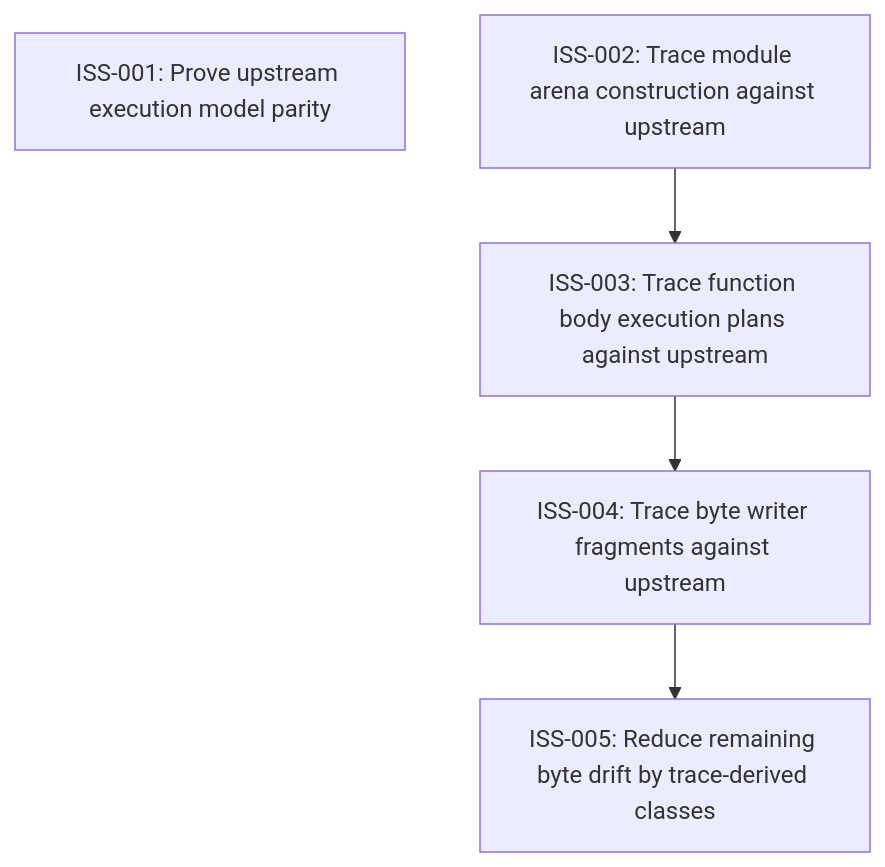
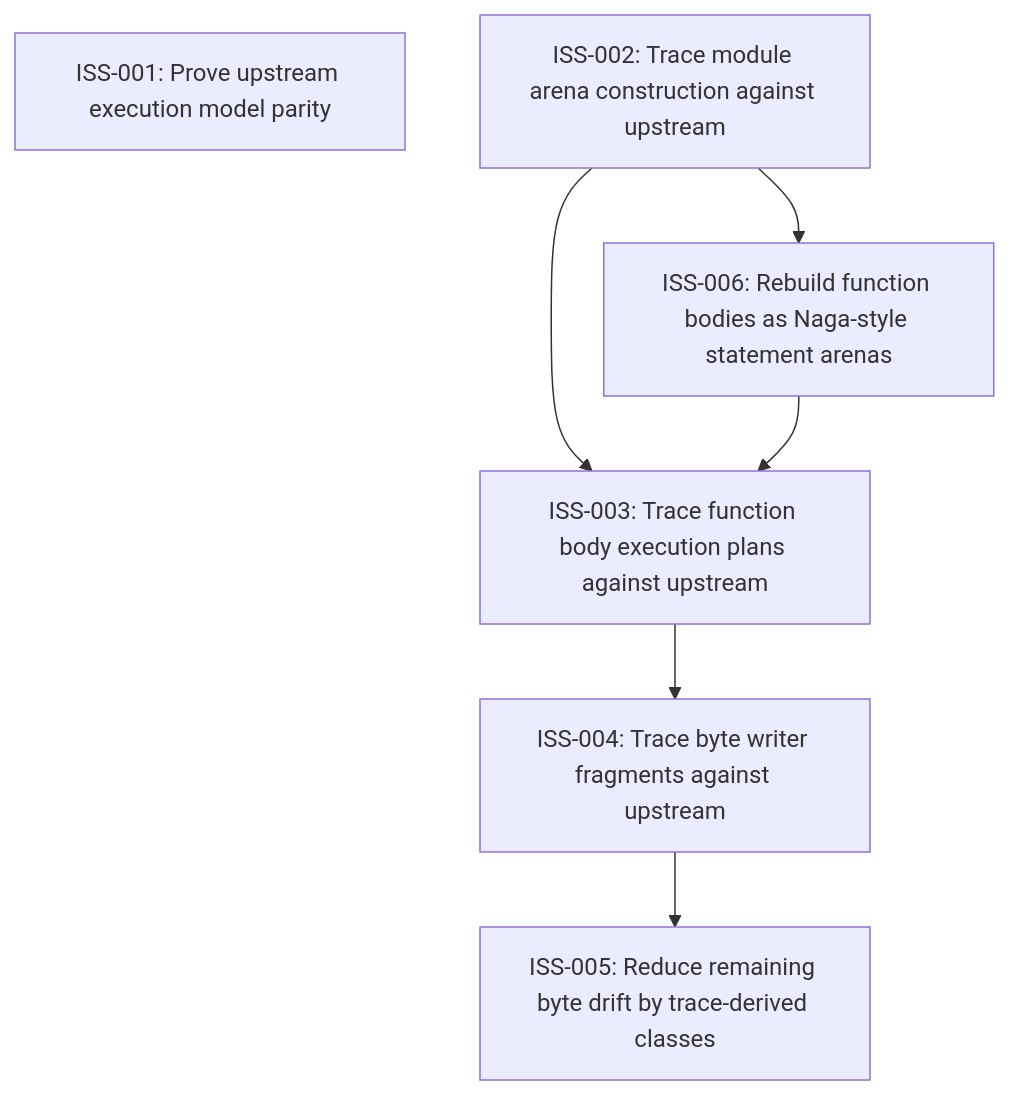
One commit to moonbit-community/moon_wgsl changed the diagram in issues/README.md. Above: the diagram before and after it, drawn with Mermaid. The commit also changed other lines of this file and 6 other files, not shown here.

````diff
--- a/issues/README.md
+++ b/issues/README.md
@@ -23,11 +24,14 @@
 ```mermaid
 graph TD
   ISS_001["ISS-001: Prove upstream execution model parity"]
   ISS_002["ISS-002: Trace module arena construction against upstream"]
   ISS_003["ISS-003: Trace function body execution plans against upstream"]
   ISS_004["ISS-004: Trace byte writer fragments against upstream"]
   ISS_005["ISS-005: Reduce remaining byte drift by trace-derived classes"]
+  ISS_006["ISS-006: Rebuild function bodies as Naga-style statement arenas"]
   ISS_002 --> ISS_003
+  ISS_006 --> ISS_003
   ISS_003 --> ISS_004
   ISS_004 --> ISS_005
+  ISS_002 --> ISS_006
 ```
````
